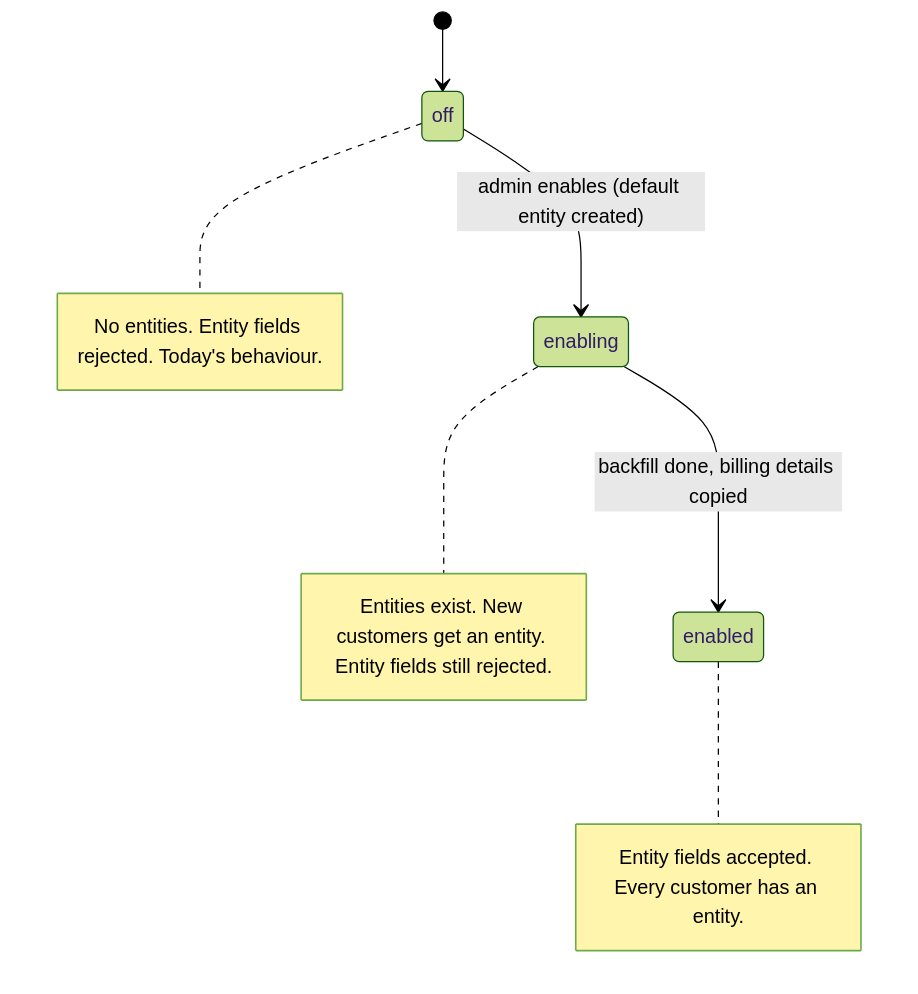
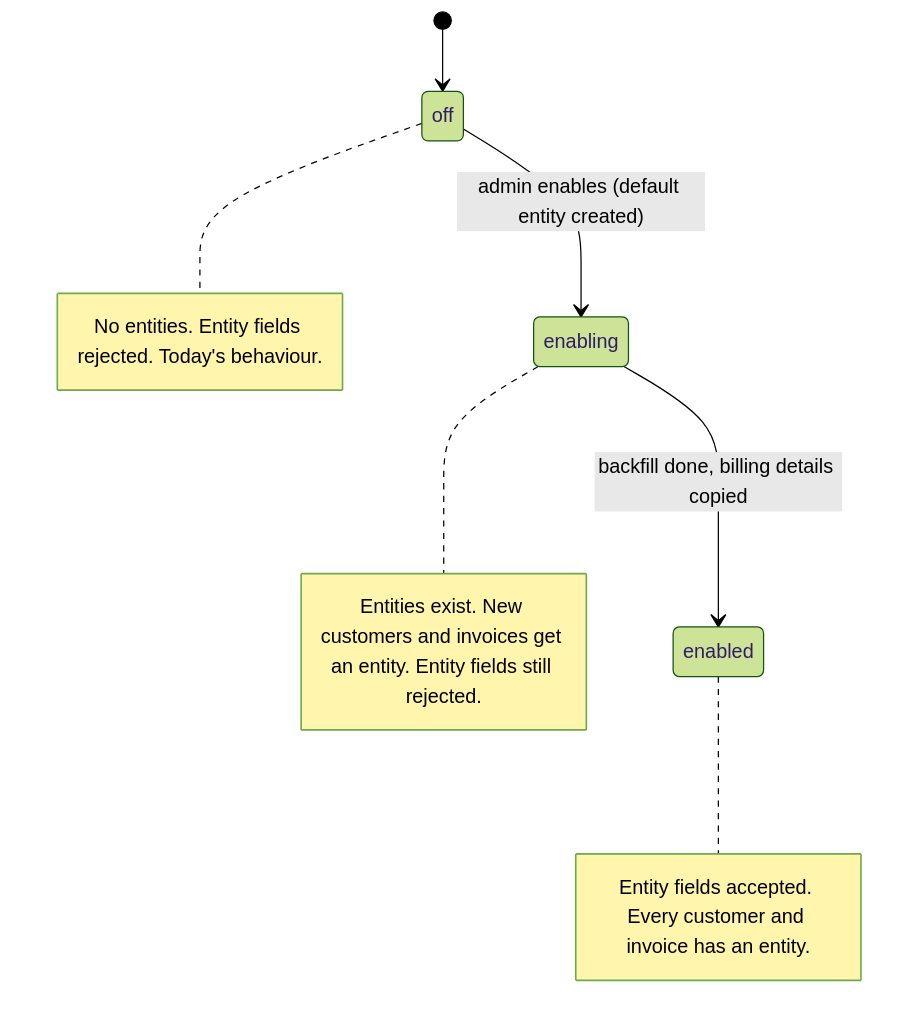
Before and after one commit to flexprice/flexprice: the third of 6 diagrams in docs/design/2026-10-27-billing-entities-p1-erd.md, drawn with Mermaid (forest theme). The commit also changed other lines of this file and 31 other files, not shown here.

First line of the commit message:
feat(billing-entities): store billing_entity_id on invoices

````diff
--- a/docs/design/2026-10-27-billing-entities-p1-erd.md
+++ b/docs/design/2026-10-27-billing-entities-p1-erd.md
@@ -358,9 +361,9 @@
 ```mermaid
 stateDiagram-v2
   [*] --> off
   off --> enabling: admin enables (default entity created)
   enabling --> enabled: backfill done, billing details copied
   note right of off: No entities. Entity fields rejected. Today's behaviour.
-  note right of enabling: Entities exist. New customers get an entity. Entity fields still rejected.
-  note right of enabled: Entity fields accepted. Every customer has an entity.
+  note right of enabling: Entities exist. New customers and invoices get an entity. Entity fields still rejected.
+  note right of enabled: Entity fields accepted. Every customer and invoice has an entity.
 ```
````
